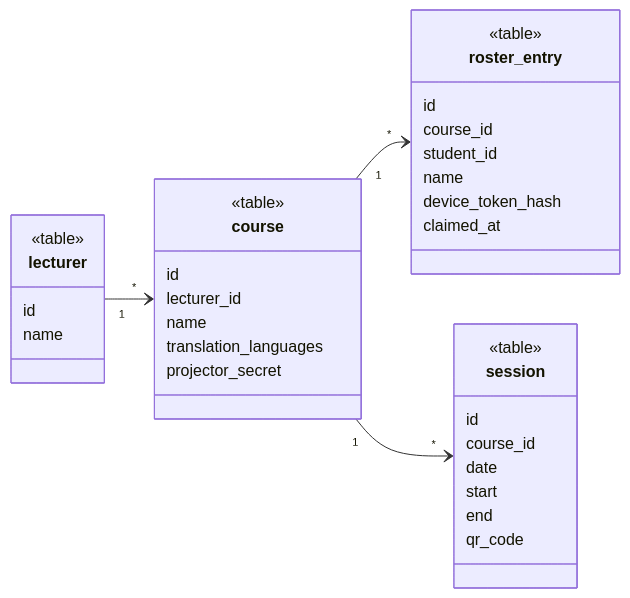
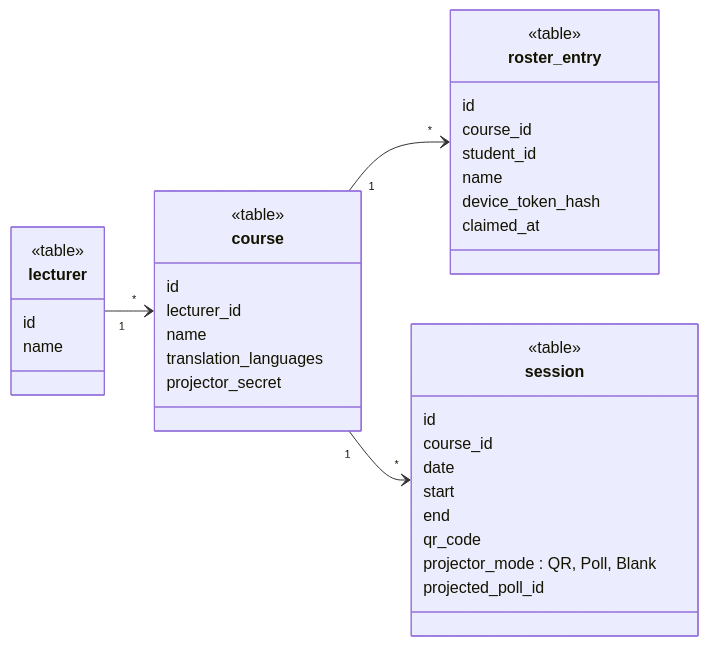
One commit to ofeq-dev/class-connect changed the second of 7 diagrams in docs/diagrams/class-diagram.md. Above: the diagram before and after it, drawn with Mermaid. The commit also changed other lines of this file and 3 other files, not shown here.

````diff
--- a/docs/diagrams/class-diagram.md
+++ b/docs/diagrams/class-diagram.md
@@ -168,38 +168,40 @@
 ```mermaid
 classDiagram
   direction LR
   class lecturer {
     <<table>>
     id
     name
   }
   class course {
     <<table>>
     id
     lecturer_id
     name
     translation_languages
     projector_secret
   }
   class roster_entry {
     <<table>>
     id
     course_id
     student_id
     name
     device_token_hash
     claimed_at
   }
   class session {
     <<table>>
     id
     course_id
     date
     start
     end
     qr_code
+    projector_mode : QR, Poll, Blank
+    projected_poll_id
   }
   lecturer "1" --> "*" course
   course "1" --> "*" roster_entry
   course "1" --> "*" session
 ```
````
